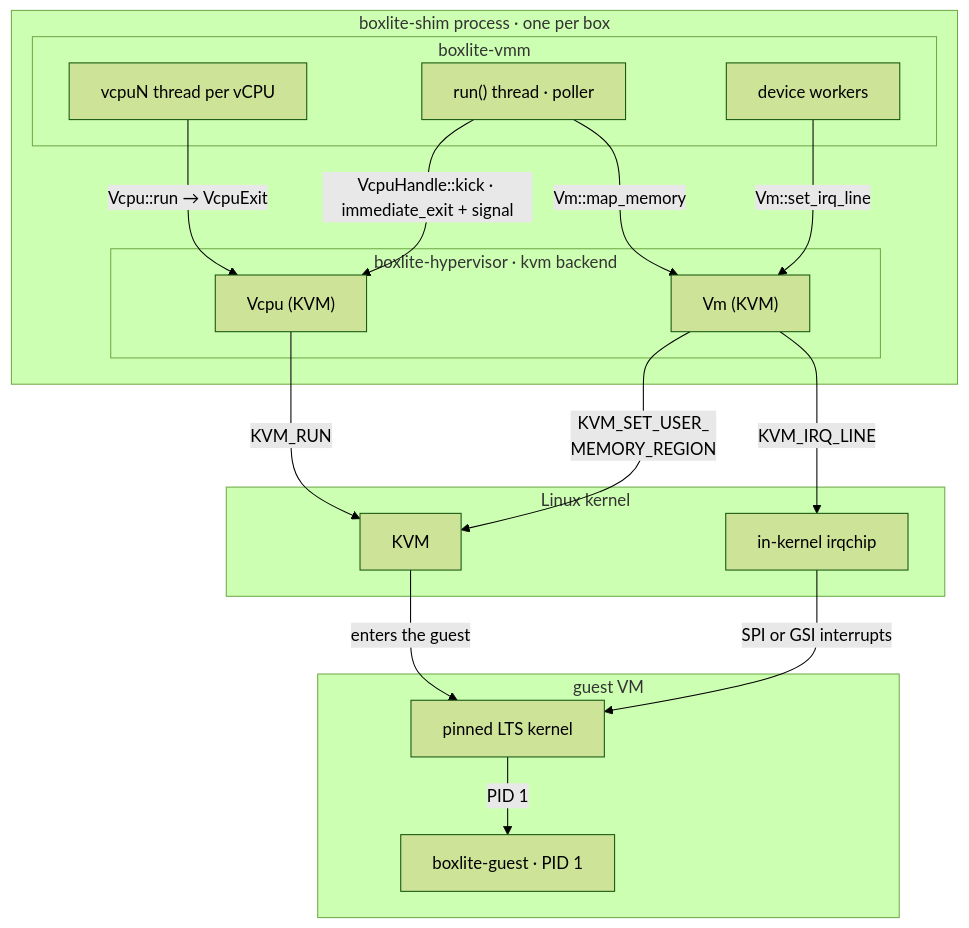
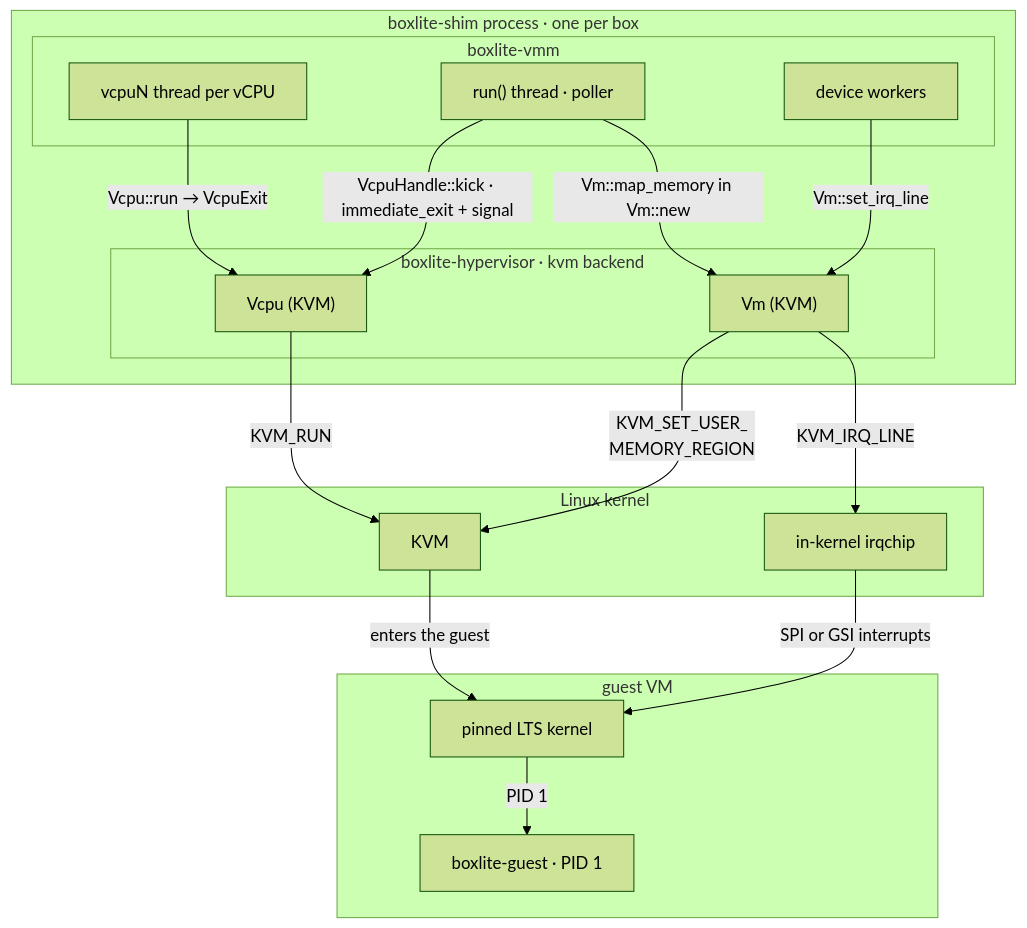
The diagram in docs/architecture/vmm/kvm.md (boxlite-ai/boxlite), drawn with Mermaid (forest theme) before and after one commit. The commit also changed 11 other files, not shown here.

````diff
--- a/docs/architecture/vmm/kvm.md
+++ b/docs/architecture/vmm/kvm.md
@@ -5,32 +5,32 @@
 ```mermaid
 flowchart TB
   subgraph shim_process["boxlite-shim process · one per box"]
     subgraph vmm_crate["boxlite-vmm"]
       run_thread["run() thread · poller"]
       device_worker["device workers"]
       vcpu_thread["vcpuN thread per vCPU"]
     end
     subgraph kvm_backend["boxlite-hypervisor · kvm backend"]
       kvm_vm["Vm (KVM)"]
       kvm_vcpu["Vcpu (KVM)"]
     end
   end
   subgraph linux_kernel["Linux kernel"]
     kvm_module["KVM"]
     irqchip["in-kernel irqchip"]
   end
   subgraph guest_vm["guest VM"]
     guest_kernel["pinned LTS kernel"]
     guest_init["boxlite-guest · PID 1"]
   end
   vcpu_thread e_vcpu_run@-->|"Vcpu::run → VcpuExit"| kvm_vcpu
   kvm_vcpu e_kvm_run@-->|"KVM_RUN"| kvm_module
   kvm_module e_enter_guest@-->|"enters the guest"| guest_kernel
   run_thread e_kick@-->|"VcpuHandle::kick · immediate_exit + signal"| kvm_vcpu
-  run_thread e_map_memory@-->|"Vm::map_memory"| kvm_vm
+  run_thread e_map_memory@-->|"Vm::map_memory in Vm::new"| kvm_vm
   kvm_vm e_set_memslot@-->|"KVM_SET_USER_<br/>MEMORY_REGION"| kvm_module
   device_worker e_set_irq_line@-->|"Vm::set_irq_line"| kvm_vm
   kvm_vm e_irq_line@-->|"KVM_IRQ_LINE"| irqchip
   irqchip e_guest_irq@-->|"SPI or GSI interrupts"| guest_kernel
   guest_kernel e_pid1@-->|"PID 1"| guest_init
 ```
````
